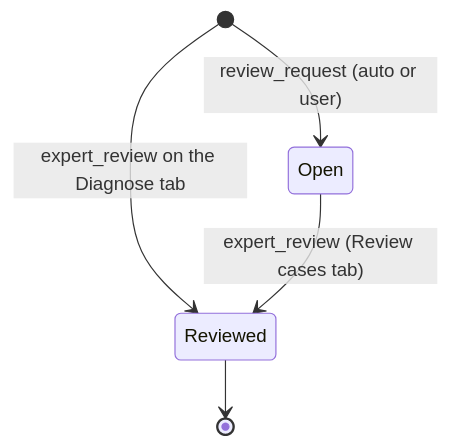
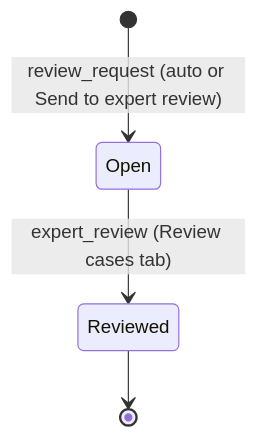
Before and after one commit to jose-alberto-salazar-jimenez/databricks_demos: the fourth of 5 diagrams in e2e_industry_solutions/metal_surface_defect_diagnostics/ARCHITECTURE.md, drawn with Mermaid. The commit also changed other lines of this file and 4 other files, not shown here.

First line of the commit message:
msd: Diagnose tab only requests expert reviews; prod deployment notes (1.4.1)

````diff
--- a/e2e_industry_solutions/metal_surface_defect_diagnostics/ARCHITECTURE.md
+++ b/e2e_industry_solutions/metal_surface_defect_diagnostics/ARCHITECTURE.md
@@ -248,7 +248,6 @@
 ```mermaid
 stateDiagram-v2
-  [*] --> Open: review_request (auto or user)
-  [*] --> Reviewed: expert_review on the Diagnose tab
+  [*] --> Open: review_request (auto or Send to expert review)
   Open --> Reviewed: expert_review (Review cases tab)
   Reviewed --> [*]
 ```
````
